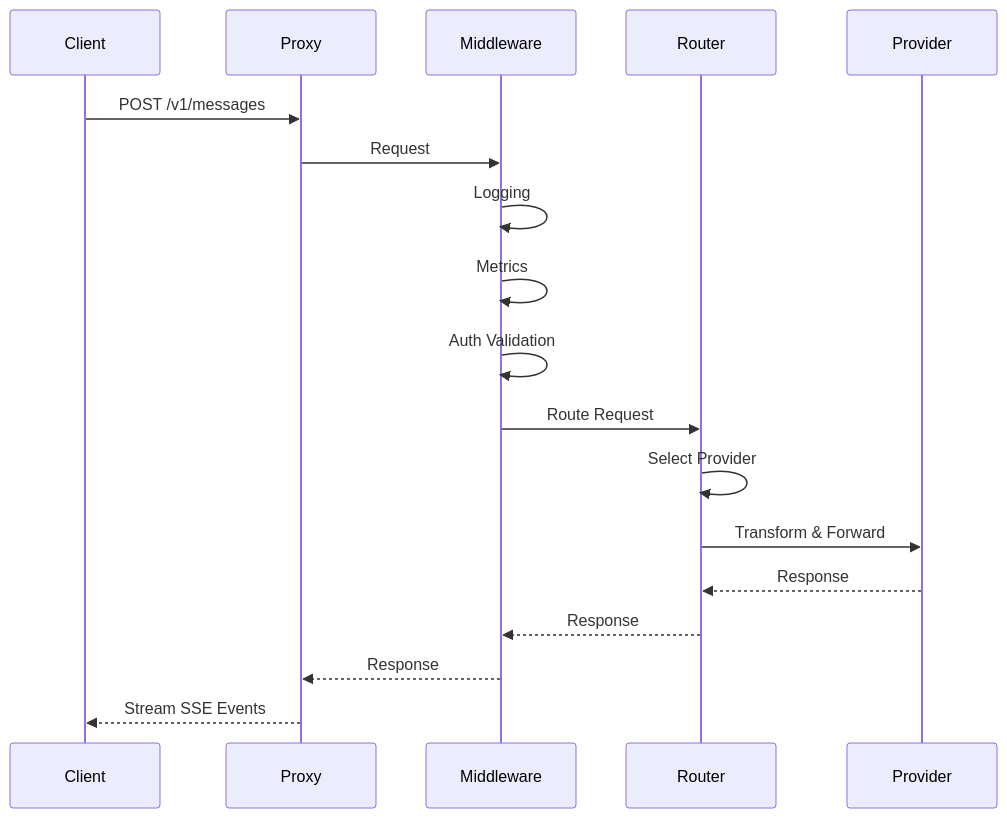
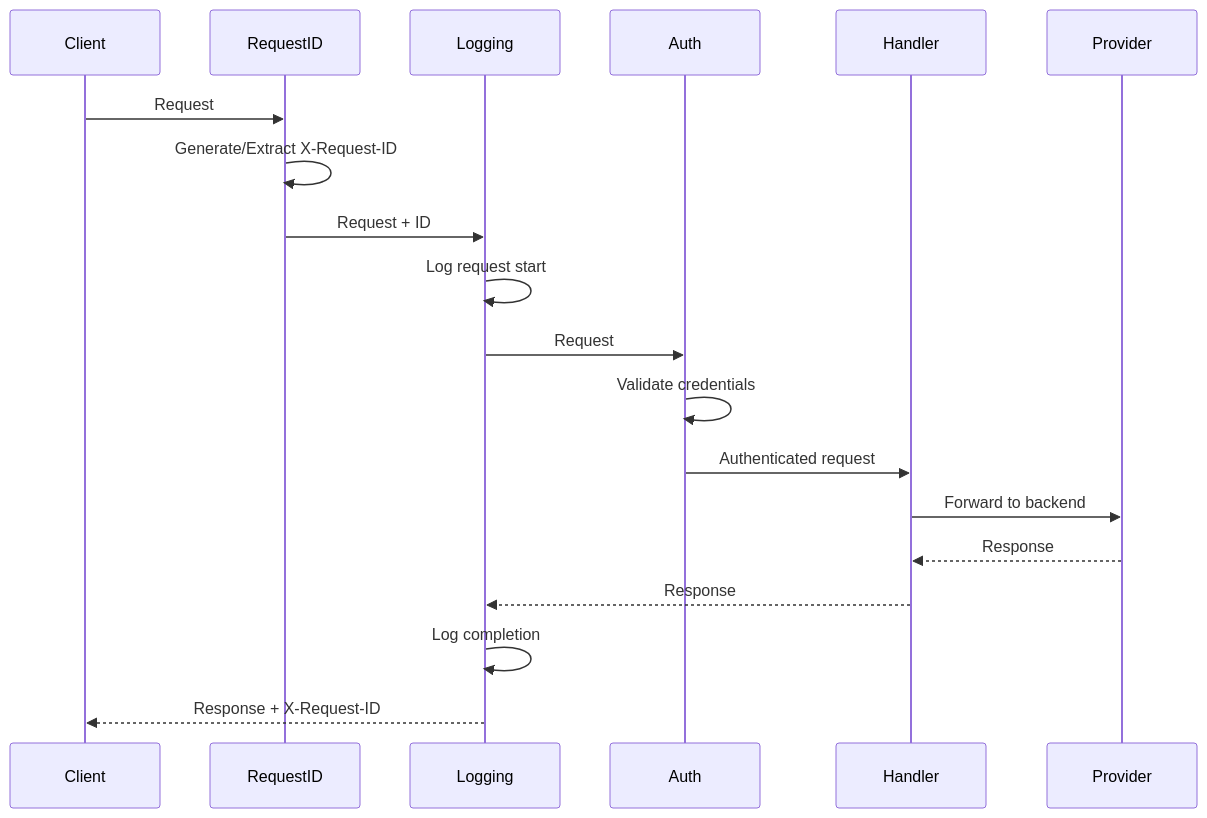
The second of 5 diagrams in docs-site/content/docs/architecture.md (omarluq/cc-relay), drawn with Mermaid before and after one commit. The commit also changed other lines of this file and 9 other files, not shown here.

````diff
--- a/docs-site/content/docs/architecture.md
+++ b/docs-site/content/docs/architecture.md
@@ -85,21 +78,22 @@
 ```mermaid
 sequenceDiagram
     participant Client
-    participant Proxy
-    participant Middleware
-    participant Router
+    participant RequestID
+    participant Logging
+    participant Auth
+    participant Handler
     participant Provider
-    
-    Client->>Proxy: POST /v1/messages
-    Proxy->>Middleware: Request
-    Middleware->>Middleware: Logging
-    Middleware->>Middleware: Metrics
-    Middleware->>Middleware: Auth Validation
-    Middleware->>Router: Route Request
-    Router->>Router: Select Provider
-    Router->>Provider: Transform & Forward
-    Provider-->>Router: Response
-    Router-->>Middleware: Response
-    Middleware-->>Proxy: Response
-    Proxy-->>Client: Stream SSE Events
+
+    Client->>RequestID: Request
+    RequestID->>RequestID: Generate/Extract X-Request-ID
+    RequestID->>Logging: Request + ID
+    Logging->>Logging: Log request start
+    Logging->>Auth: Request
+    Auth->>Auth: Validate credentials
+    Auth->>Handler: Authenticated request
+    Handler->>Provider: Forward to backend
+    Provider-->>Handler: Response
+    Handler-->>Logging: Response
+    Logging->>Logging: Log completion
+    Logging-->>Client: Response + X-Request-ID
 ```
````
